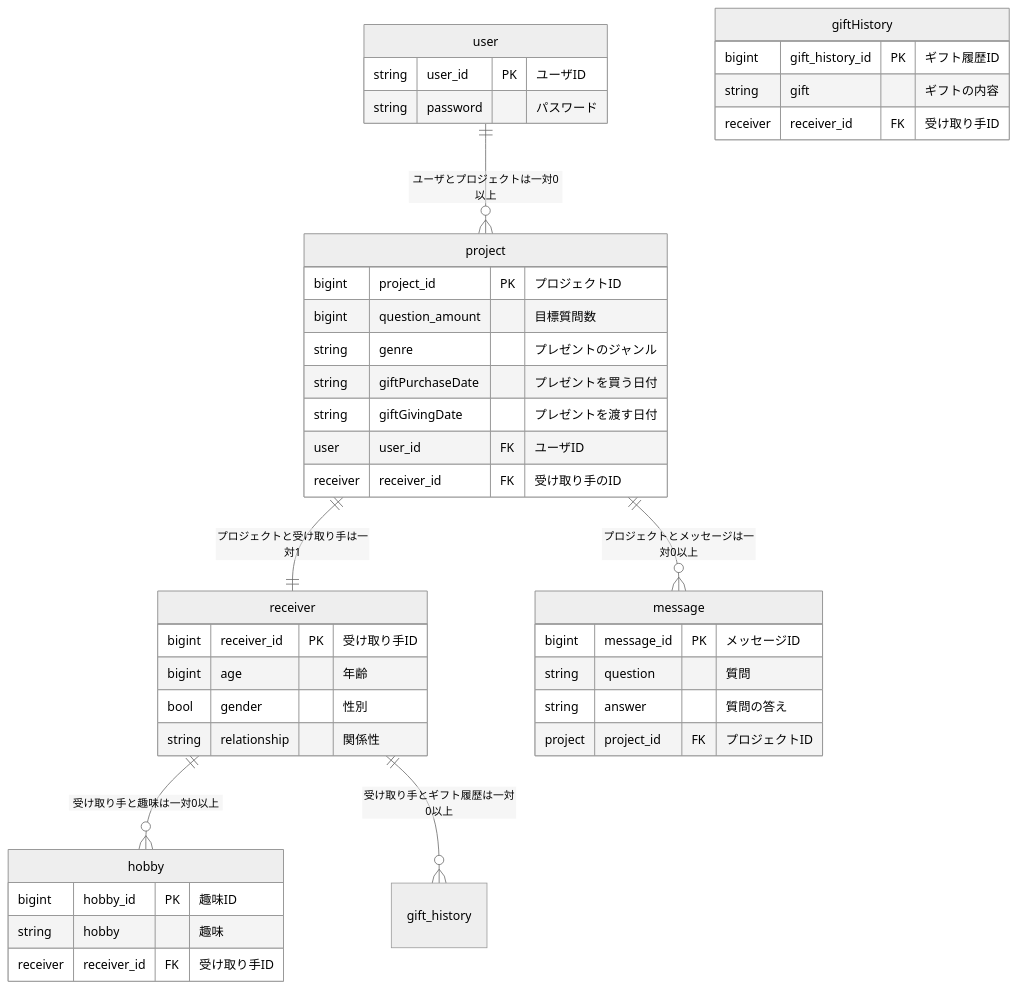
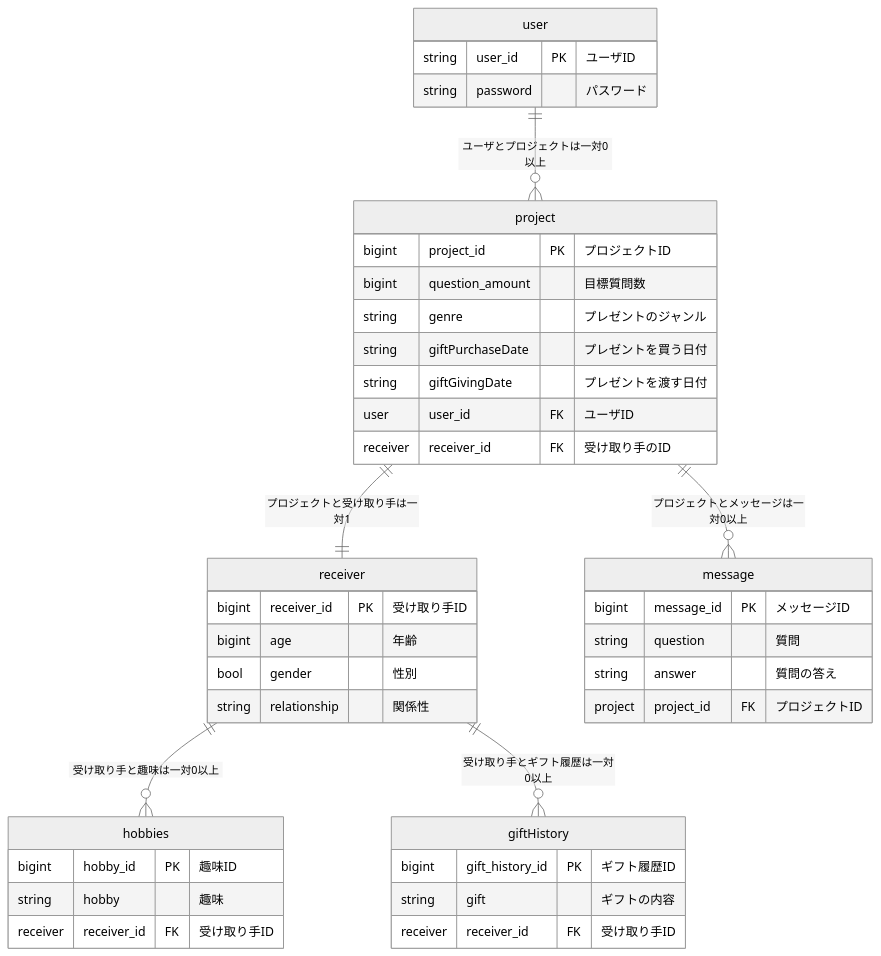
The diagram in README.md (team-upliftu/UpliftU), drawn with Mermaid (neutral theme) before and after one commit.

````diff
--- a/README.md
+++ b/README.md
@@ -24,50 +24,50 @@
 ```mermaid
 erDiagram
   user ||--o{ project : "ユーザとプロジェクトは一対0以上"
   project ||--|| receiver : "プロジェクトと受け取り手は一対1"
   project ||--o{ message : "プロジェクトとメッセージは一対0以上"
-  receiver ||--o{ hobby : "受け取り手と趣味は一対0以上"
-  receiver ||--o{ gift_history : "受け取り手とギフト履歴は一対0以上"
+  receiver ||--o{ hobbies : "受け取り手と趣味は一対0以上"
+  receiver ||--o{ giftHistory : "受け取り手とギフト履歴は一対0以上"
 
   user {
     string user_id PK "ユーザID"
     string password "パスワード"
 
   }
 
-  hobby {
+  hobbies {
     bigint hobby_id PK "趣味ID"
     string hobby "趣味"
     receiver receiver_id FK "受け取り手ID"
   }
 
   receiver {
     bigint receiver_id PK "受け取り手ID"
     bigint age "年齢"
     bool gender "性別"
     string relationship "関係性"
   }
 
   project {
     bigint project_id PK "プロジェクトID"
     bigint question_amount "目標質問数"
     string genre "プレゼントのジャンル"
     string giftPurchaseDate "プレゼントを買う日付"
     string giftGivingDate "プレゼントを渡す日付"
     user user_id FK "ユーザID"
     receiver receiver_id FK "受け取り手のID"
   }
 
   message {
     bigint message_id PK "メッセージID"
     string question "質問"
     string answer "質問の答え"
     project project_id FK "プロジェクトID"  
   }
 
   giftHistory {
     bigint gift_history_id PK "ギフト履歴ID"  
     string gift "ギフトの内容"
     receiver receiver_id FK "受け取り手ID"
   }
 ```
````
